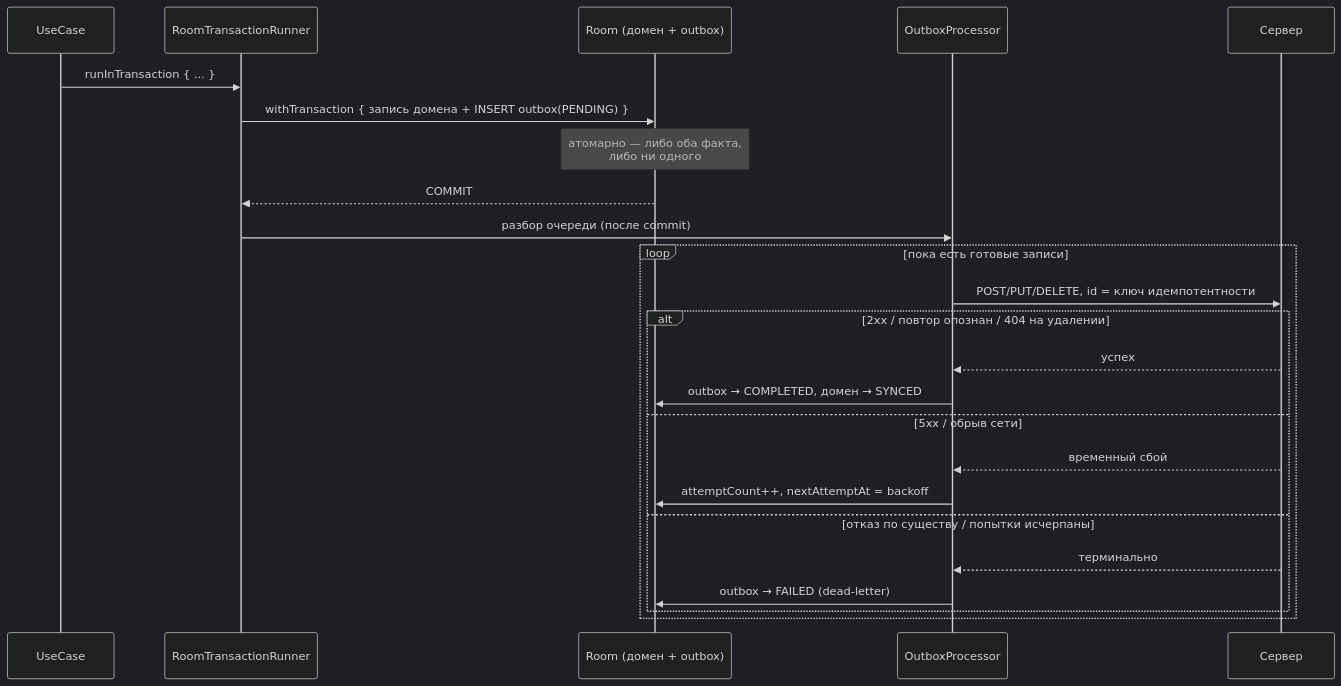
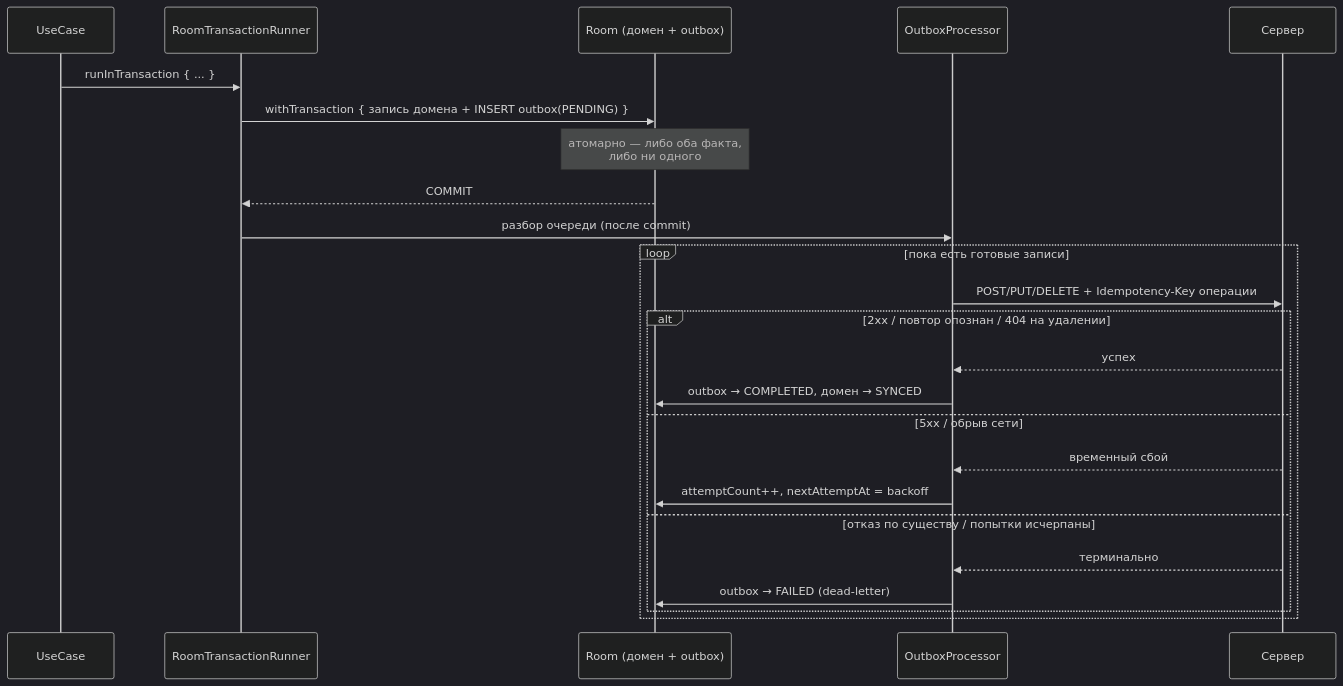
Before and after one commit to IliaVoskoboinikov/Finance-Manager: the second of 3 diagrams in docs/outbox.md, drawn with Mermaid (dark theme). The commit also changed other lines of this file and 42 other files, not shown here.

First line of the commit message:
feat(outbox): ключ идемпотентности на операцию, атомарное подтверждение и барьер порядка

````diff
--- a/docs/outbox.md
+++ b/docs/outbox.md
@@ -109,27 +144,27 @@
 ```mermaid
 sequenceDiagram
     participant UC as UseCase
     participant TR as RoomTransactionRunner
     participant Room as Room (домен + outbox)
     participant OP as OutboxProcessor
     participant Srv as Сервер
 
     UC->>TR: runInTransaction { ... }
     TR->>Room: withTransaction { запись домена + INSERT outbox(PENDING) }
     Note over Room: атомарно — либо оба факта,<br/>либо ни одного
     Room-->>TR: COMMIT
     TR->>OP: разбор очереди (после commit)
     loop пока есть готовые записи
-        OP->>Srv: POST/PUT/DELETE, id = ключ идемпотентности
+        OP->>Srv: POST/PUT/DELETE + Idempotency-Key операции
         alt 2xx / повтор опознан / 404 на удалении
             Srv-->>OP: успех
             OP->>Room: outbox → COMPLETED, домен → SYNCED
         else 5xx / обрыв сети
             Srv-->>OP: временный сбой
             OP->>Room: attemptCount++, nextAttemptAt = backoff
         else отказ по существу / попытки исчерпаны
             Srv-->>OP: терминально
             OP->>Room: outbox → FAILED (dead-letter)
         end
     end
 ```
````
